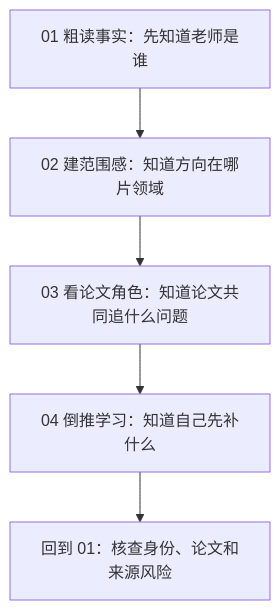
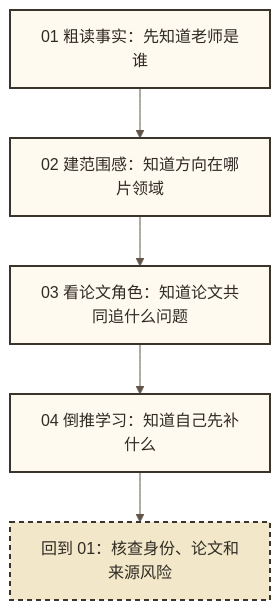
Before and after one commit to DXY-IOP-CAS/advisor-research-navigator: the first of 4 diagrams in quality-workbench/支撑方法/可视化与理解.md, drawn with Mermaid. The commit also changed other lines of this file, not shown here.

Commit message:
docs: define visual style for diagrams

````diff
--- a/quality-workbench/支撑方法/可视化与理解.md
+++ b/quality-workbench/支撑方法/可视化与理解.md
@@ -141,7 +156,12 @@
 ```mermaid
+%%{init: {"theme":"base","themeVariables":{"background":"transparent","primaryColor":"#fffaf0","primaryTextColor":"#2f2a24","primaryBorderColor":"#3a342c","lineColor":"#5f5548","fontFamily":"Microsoft YaHei, Noto Sans CJK SC, sans-serif"}}}%%
 flowchart TB
   A["01 粗读事实：先知道老师是谁"] --> B["02 建范围感：知道方向在哪片领域"]
   B --> C["03 看论文角色：知道论文共同追什么问题"]
   C --> D["04 倒推学习：知道自己先补什么"]
   D --> E["回到 01：核查身份、论文和来源风险"]
+  classDef step fill:#fffaf0,stroke:#3a342c,stroke-width:2px,color:#2f2a24;
+  classDef check fill:#f2e7c9,stroke:#3a342c,stroke-width:2px,stroke-dasharray:5 4,color:#2f2a24;
+  class A,B,C,D step;
+  class E check;
 ```
````
